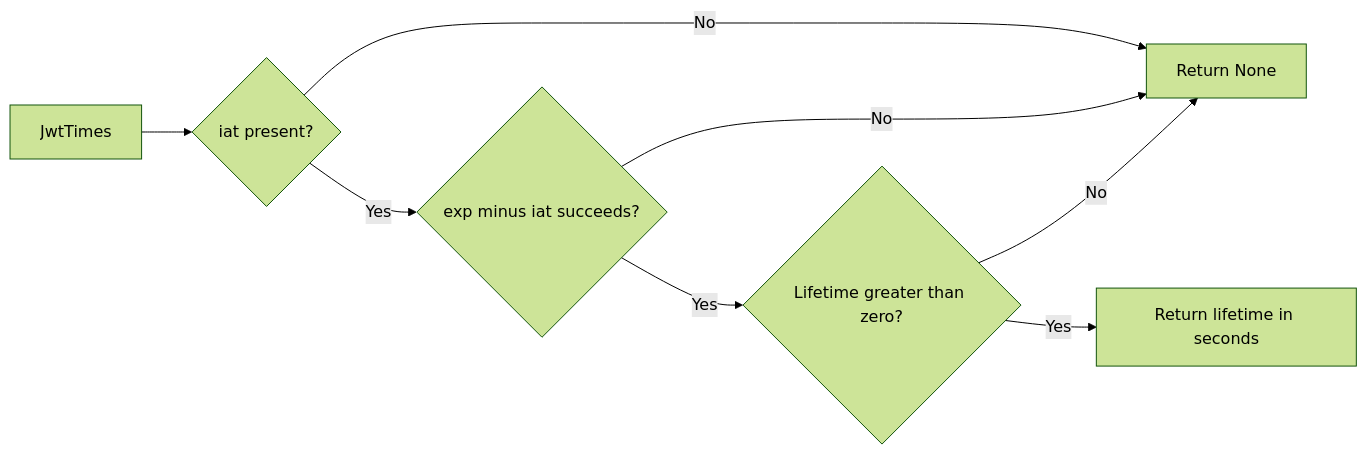
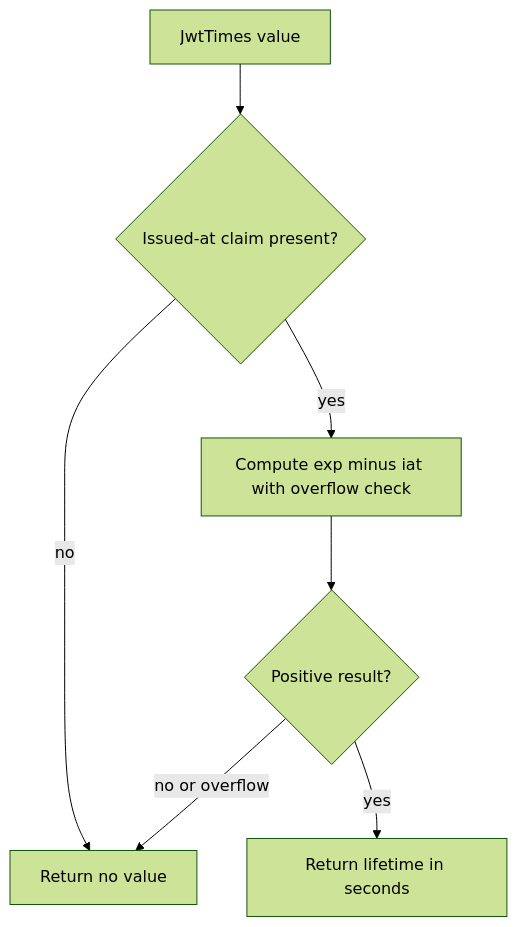
One commit to flamingo-stack/openframe-oss-tenant changed the second of 4 diagrams in docs/reference/architecture/openframe-client-core/utils-jwt/utils-jwt.md. Above: the diagram before and after it, drawn with Mermaid (forest theme). The commit also changed other lines of this file and 2377 other files, not shown here.

````diff
--- a/docs/reference/architecture/openframe-client-core/utils-jwt/utils-jwt.md
+++ b/docs/reference/architecture/openframe-client-core/utils-jwt/utils-jwt.md
@@ -80,10 +51,9 @@
 ```mermaid
-flowchart LR
-    Claims["JwtTimes"] --> Iat{"iat present?"}
-    Iat -->|"No"| NoLifetime["Return None"]
-    Iat -->|"Yes"| Subtract{"exp minus iat succeeds?"}
-    Subtract -->|"No"| NoLifetime
-    Subtract -->|"Yes"| Positive{"Lifetime greater than zero?"}
-    Positive -->|"No"| NoLifetime
-    Positive -->|"Yes"| Ttl["Return lifetime in seconds"]
+flowchart TD
+    Start["JwtTimes value"] --> HasIat{"Issued-at claim present?"}
+    HasIat -->|"no"| NoTtl["Return no value"]
+    HasIat -->|"yes"| Subtract["Compute exp minus iat with overflow check"]
+    Subtract --> ValidTtl{"Positive result?"}
+    ValidTtl -->|"yes"| ReturnTtl["Return lifetime in seconds"]
+    ValidTtl -->|"no or overflow"| NoTtl
 ```
````
